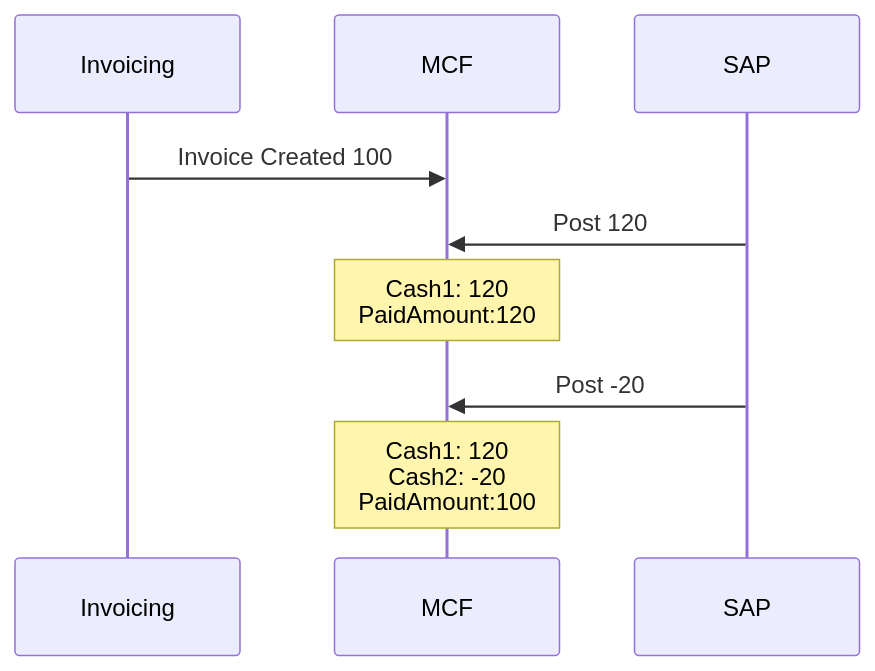
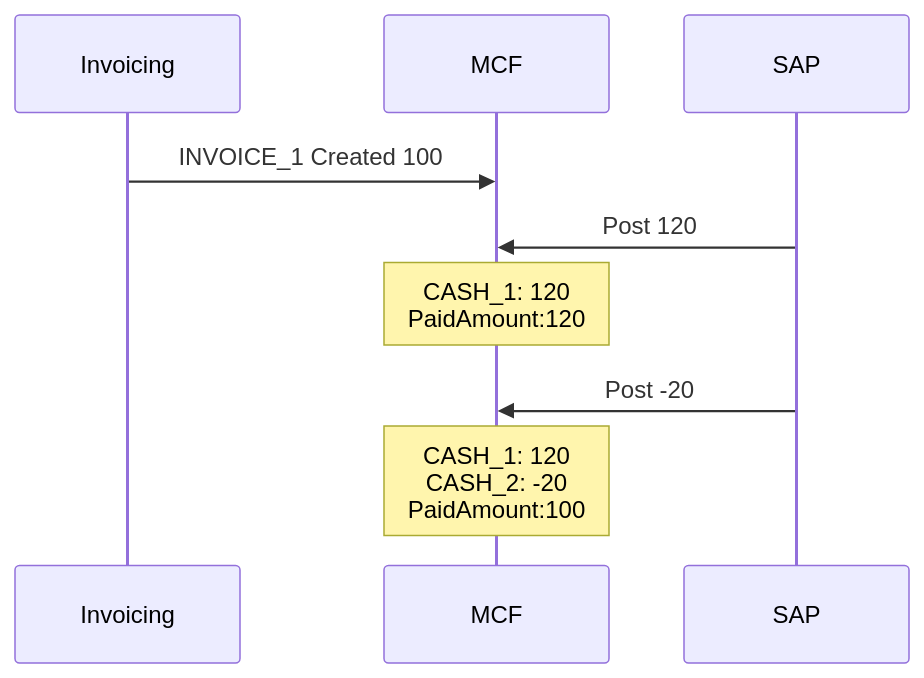
Before and after one commit to vikramsinha/test1: the fourth of 17 diagrams in MCF-SAP Scenarios.md, drawn with Mermaid. The commit also changed other lines of this file, not shown here.

Commit message:
Update MCF-SAP Scenarios.md

````diff
--- a/MCF-SAP Scenarios.md
+++ b/MCF-SAP Scenarios.md
@@ -47,12 +50,12 @@
 ```mermaid
 %%{init: {'theme': 'default'} }%%
 sequenceDiagram
     participant Invoicing
     participant MCF
     participant SAP
-    Invoicing->>MCF: Invoice Created 100
+    Invoicing->>MCF: INVOICE_1 Created 100
     SAP->>MCF: Post 120
-    Note over MCF: Cash1: 120<br/>PaidAmount:120
+    Note over MCF: CASH_1: 120<br/>PaidAmount:120
     SAP->>MCF: Post -20
-    Note over MCF: Cash1: 120<br/>Cash2: -20<br/>PaidAmount:100
+    Note over MCF: CASH_1: 120<br/>CASH_2: -20<br/>PaidAmount:100
 ```
````
